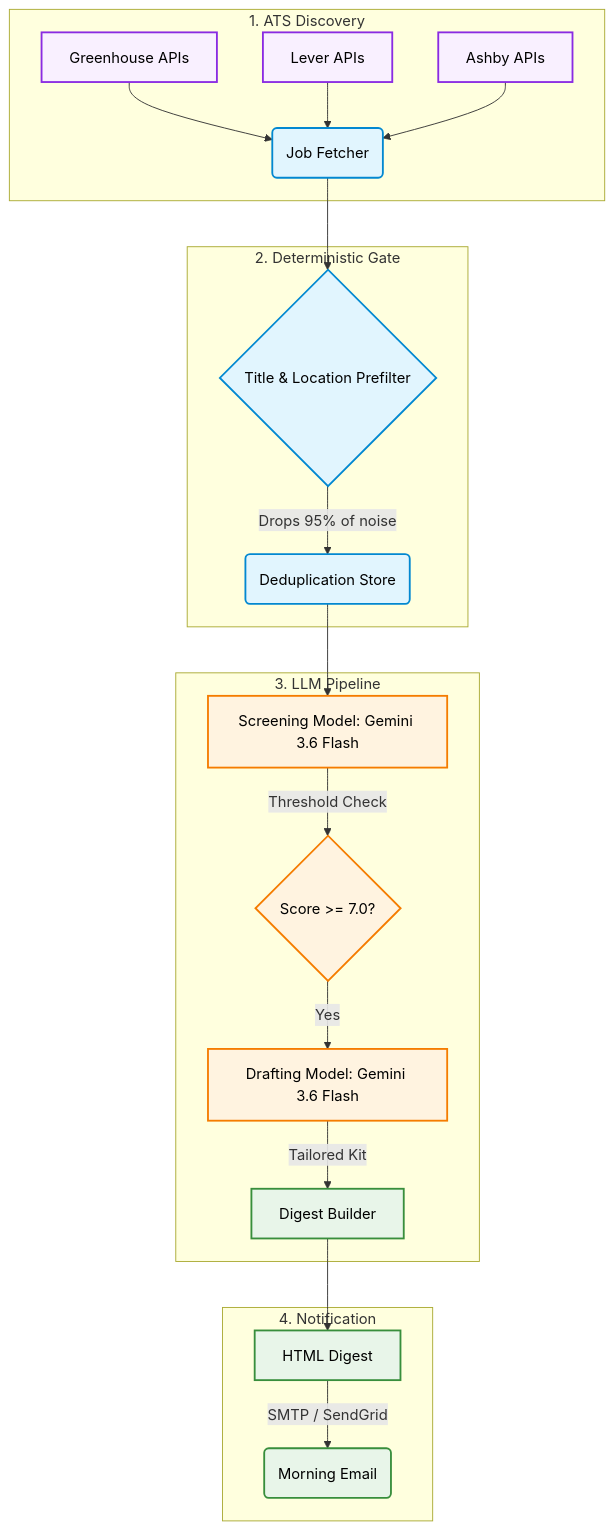
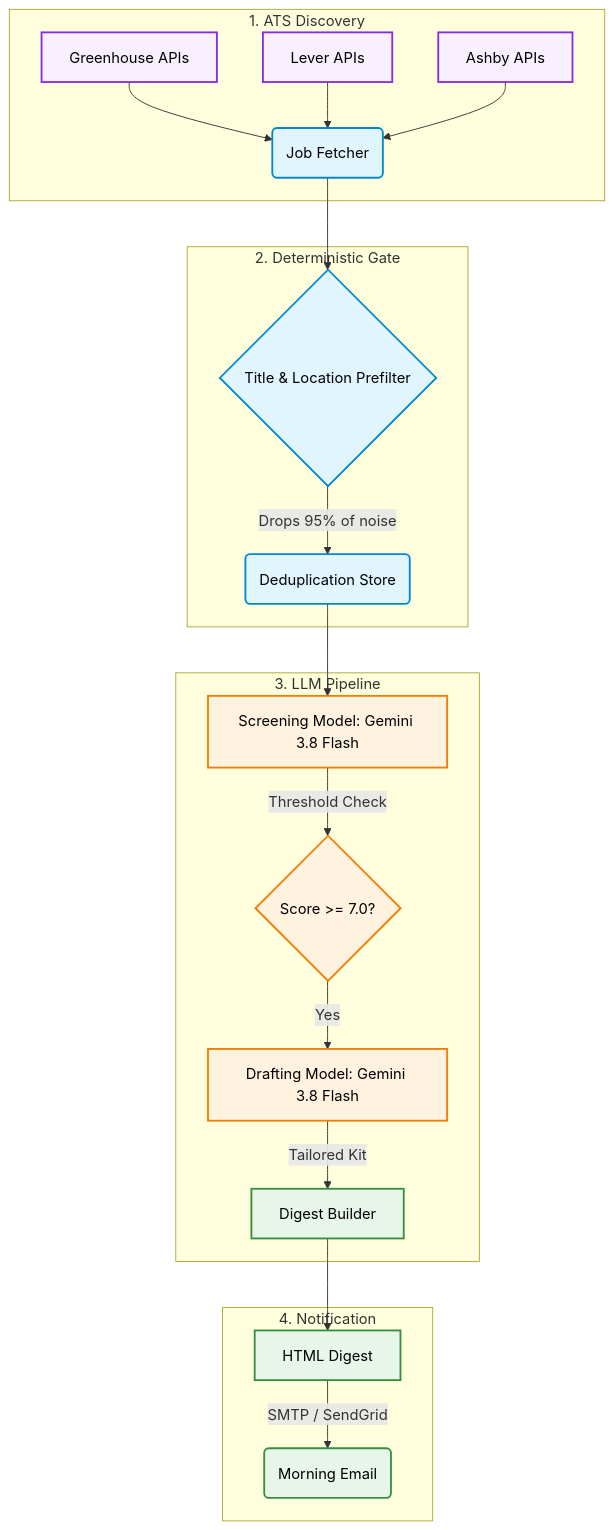
One commit to Shashank17singh/JobHunt changed the diagram in README.md. Above: the diagram before and after it, drawn with Mermaid. The commit also changed 23 other files, not shown here.

````diff
--- a/README.md
+++ b/README.md
@@ -25,35 +25,35 @@
 ```mermaid
 graph TD
     subgraph "1. ATS Discovery"
     A[Greenhouse APIs] --> D(Job Fetcher)
     B[Lever APIs] --> D
     C[Ashby APIs] --> D
     end
 
     subgraph "2. Deterministic Gate"
     D --> E{Title & Location Prefilter}
     E -->|Drops 95% of noise| F(Deduplication Store)
     end
 
     subgraph "3. LLM Pipeline"
-    F --> G[Screening Model: Gemini 3.6 Flash]
+    F --> G[Screening Model: Gemini 3.8 Flash]
     G -->|Threshold Check| H{Score >= 7.0?}
-    H -->|Yes| I[Drafting Model: Gemini 3.6 Flash]
+    H -->|Yes| I[Drafting Model: Gemini 3.8 Flash]
     I -->|Tailored Kit| J[Digest Builder]
     end
 
     subgraph "4. Notification"
     J --> K[HTML Digest]
     K -->|SMTP / SendGrid| L(Morning Email)
     end
 
     classDef source fill:#f9f0ff,stroke:#8a2be2,stroke-width:2px,color:#000;
     classDef core fill:#e1f5fe,stroke:#0288d1,stroke-width:2px,color:#000;
     classDef llm fill:#fff3e0,stroke:#f57c00,stroke-width:2px,color:#000;
     classDef ui fill:#e8f5e9,stroke:#388e3c,stroke-width:2px,color:#000;
 
     class A,B,C source;
     class D,E,F core;
     class G,H,I llm;
     class J,K,L ui;
 ```
````
